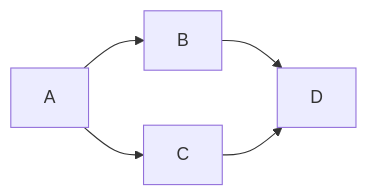
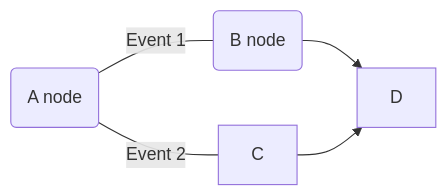
Before and after one commit to JoeAnonimist/blog: the diagram in docs/qt_widgets/06_item_widgets/03_tree_widget.md, drawn with Mermaid.

````diff
--- a/docs/qt_widgets/06_item_widgets/03_tree_widget.md
+++ b/docs/qt_widgets/06_item_widgets/03_tree_widget.md
@@ -18,7 +18,7 @@
 ```mermaid
 flowchart LR;
-A-->B;
-A-->C;
+A(A node)-- Event 1 ---B(B node);
+A(A node)-- Event 2 ---C;
 B-->D;
 C-->D;
 ```
````
